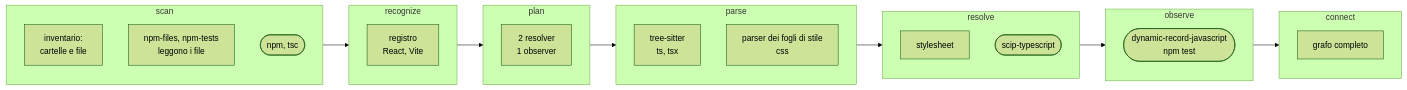
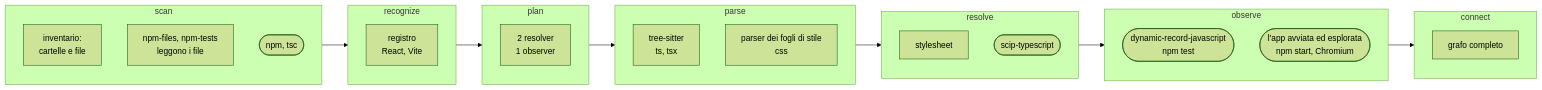
The second of 4 diagrams in docs/plugins/codebase-map.md (acaprino/daodan), drawn with Mermaid (forest theme) before and after one commit. The commit also changed other lines of this file and 2 other files, not shown here.

First line of the commit message:
docs(pipeline): observe avvia ed esplora anche l'app che il progetto dichiara

````diff
--- a/docs/plugins/codebase-map.md
+++ b/docs/plugins/codebase-map.md
@@ -125,29 +125,30 @@
 ```mermaid
 flowchart LR
   subgraph scan
     b0["inventario:<br>cartelle e file"]
     b1["npm-files, npm-tests<br>leggono i file"]
     b2([npm, tsc])
   end
   subgraph recognize
     c1[registro<br>React, Vite]
   end
   subgraph plan
     d1[2 resolver<br>1 observer]
   end
   subgraph parse
     a1[tree-sitter<br>ts, tsx]
     a2[parser dei fogli di stile<br>css]
   end
   subgraph resolve
     e1[stylesheet]
     e2([scip-typescript])
   end
   subgraph observe
     f1([dynamic-record-javascript<br>npm test])
+    f2([l'app avviata ed esplorata<br>npm start, Chromium])
   end
   subgraph connect
     g1[grafo completo]
   end
   scan --> recognize --> plan --> parse --> resolve --> observe --> connect
 ```
````
